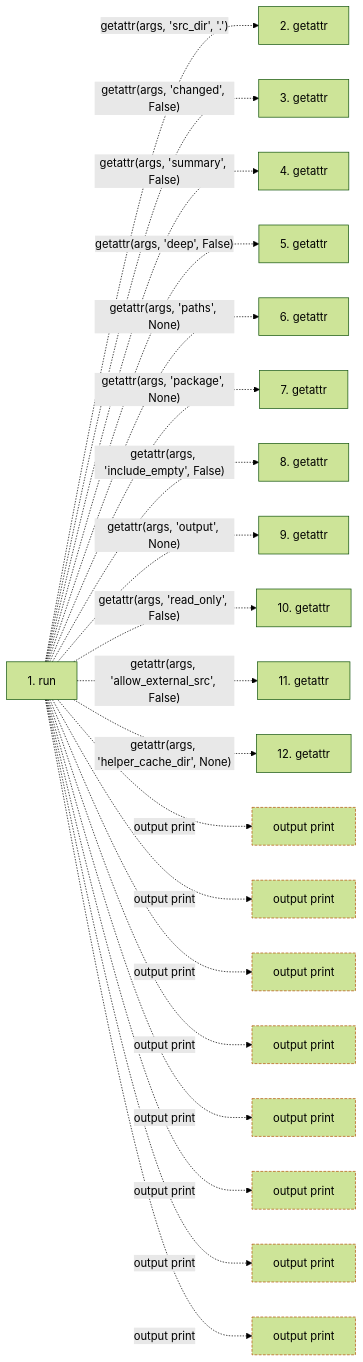
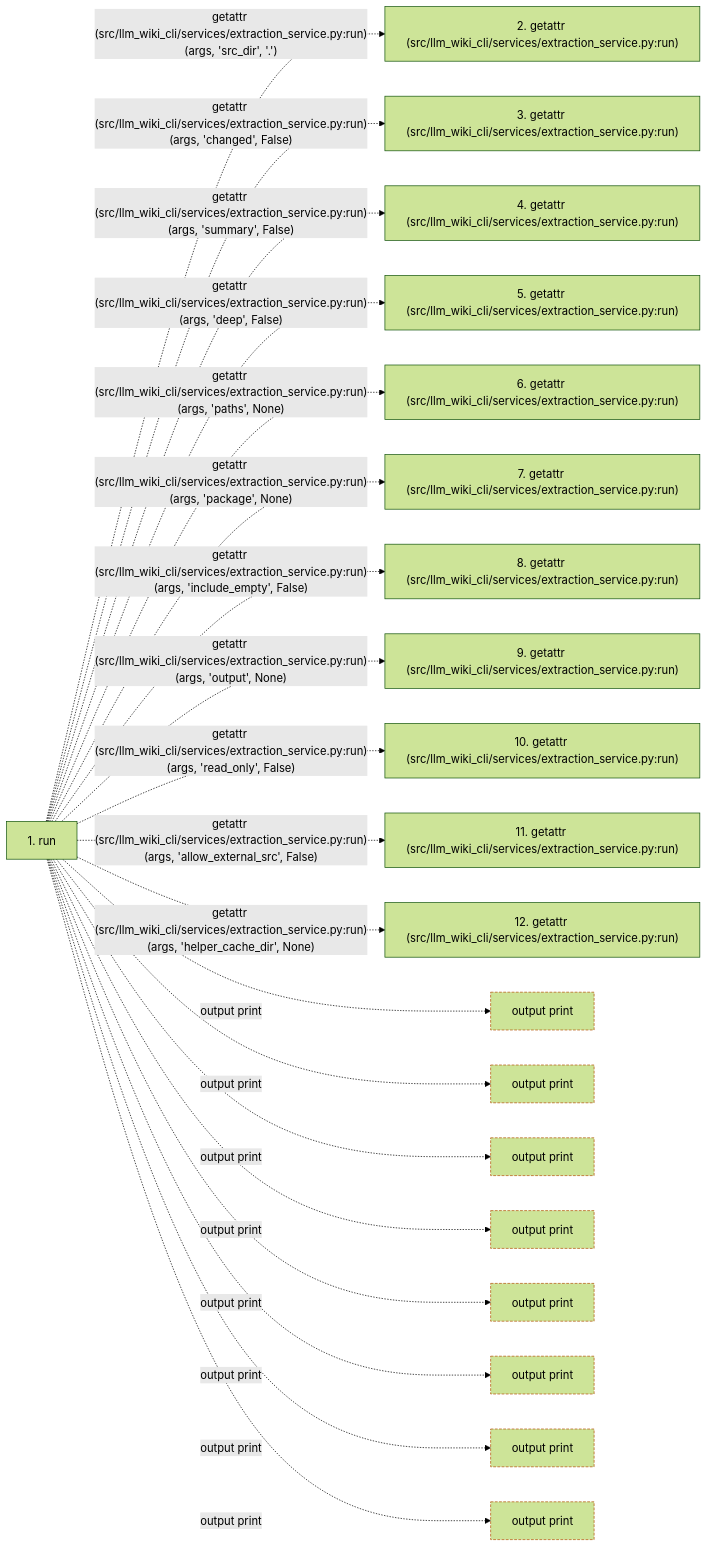
Before and after one commit to Denissvgn/python-wiki-llm: the second of 2 diagrams in docs/llm_wiki/flows/cli-extract.md, drawn with Mermaid (forest theme). The commit also changed other lines of this file and 719 other files, not shown here.

````diff
--- a/docs/llm_wiki/flows/cli-extract.md
+++ b/docs/llm_wiki/flows/cli-extract.md
@@ -88,52 +91,52 @@
 ```mermaid
 flowchart LR
     s1["1. run"]
-    s2["2. getattr"]
-    s3["3. getattr"]
-    s4["4. getattr"]
-    s5["5. getattr"]
-    s6["6. getattr"]
-    s7["7. getattr"]
-    s8["8. getattr"]
-    s9["9. getattr"]
-    s10["10. getattr"]
-    s11["11. getattr"]
-    s12["12. getattr"]
-    s1 -. "getattr(args, 'src_dir', '.')" .-> s2
-    s1 -. "getattr(args, 'changed', False)" .-> s3
-    s1 -. "getattr(args, 'summary', False)" .-> s4
-    s1 -. "getattr(args, 'deep', False)" .-> s5
-    s1 -. "getattr(args, 'paths', None)" .-> s6
-    s1 -. "getattr(args, 'package', None)" .-> s7
-    s1 -. "getattr(args, 'include_empty', False)" .-> s8
-    s1 -. "getattr(args, 'output', None)" .-> s9
-    s1 -. "getattr(args, 'read_only', False)" .-> s10
-    s1 -. "getattr(args, 'allow_external_src', False)" .-> s11
-    s1 -. "getattr(args, 'helper_cache_dir', None)" .-> s12
+    s2["2. getattr (src/llm_wiki_cli/services/extraction_service.py:run)"]
+    s3["3. getattr (src/llm_wiki_cli/services/extraction_service.py:run)"]
+    s4["4. getattr (src/llm_wiki_cli/services/extraction_service.py:run)"]
+    s5["5. getattr (src/llm_wiki_cli/services/extraction_service.py:run)"]
+    s6["6. getattr (src/llm_wiki_cli/services/extraction_service.py:run)"]
+    s7["7. getattr (src/llm_wiki_cli/services/extraction_service.py:run)"]
+    s8["8. getattr (src/llm_wiki_cli/services/extraction_service.py:run)"]
+    s9["9. getattr (src/llm_wiki_cli/services/extraction_service.py:run)"]
+    s10["10. getattr (src/llm_wiki_cli/services/extraction_service.py:run)"]
+    s11["11. getattr (src/llm_wiki_cli/services/extraction_service.py:run)"]
+    s12["12. getattr (src/llm_wiki_cli/services/extraction_service.py:run)"]
+    s1 -. "getattr (src/llm_wiki_cli/services/extraction_service.py:run)(args, 'src_dir', '.')" .-> s2
+    s1 -. "getattr (src/llm_wiki_cli/services/extraction_service.py:run)(args, 'changed', False)" .-> s3
+    s1 -. "getattr (src/llm_wiki_cli/services/extraction_service.py:run)(args, 'summary', False)" .-> s4
+    s1 -. "getattr (src/llm_wiki_cli/services/extraction_service.py:run)(args, 'deep', False)" .-> s5
+    s1 -. "getattr (src/llm_wiki_cli/services/extraction_service.py:run)(args, 'paths', None)" .-> s6
+    s1 -. "getattr (src/llm_wiki_cli/services/extraction_service.py:run)(args, 'package', None)" .-> s7
+    s1 -. "getattr (src/llm_wiki_cli/services/extraction_service.py:run)(args, 'include_empty', False)" .-> s8
+    s1 -. "getattr (src/llm_wiki_cli/services/extraction_service.py:run)(args, 'output', None)" .-> s9
+    s1 -. "getattr (src/llm_wiki_cli/services/extraction_service.py:run)(args, 'read_only', False)" .-> s10
+    s1 -. "getattr (src/llm_wiki_cli/services/extraction_service.py:run)(args, 'allow_external_src', False)" .-> s11
+    s1 -. "getattr (src/llm_wiki_cli/services/extraction_service.py:run)(args, 'helper_cache_dir', None)" .-> s12
     b0["output print"]
     s1 -. "output print" .-> b0
     b1["output print"]
     s1 -. "output print" .-> b1
     b2["output print"]
     s1 -. "output print" .-> b2
     b3["output print"]
     s1 -. "output print" .-> b3
     b4["output print"]
     s1 -. "output print" .-> b4
     b5["output print"]
     s1 -. "output print" .-> b5
     b6["output print"]
     s1 -. "output print" .-> b6
     b7["output print"]
     s1 -. "output print" .-> b7
     click s1 "../modules/extraction_service.md"
     classDef boundary stroke:#b45309,stroke-dasharray: 4 2
     class b0 boundary
     class b1 boundary
     class b2 boundary
     class b3 boundary
     class b4 boundary
     class b5 boundary
     class b6 boundary
     class b7 boundary
 ```
````
